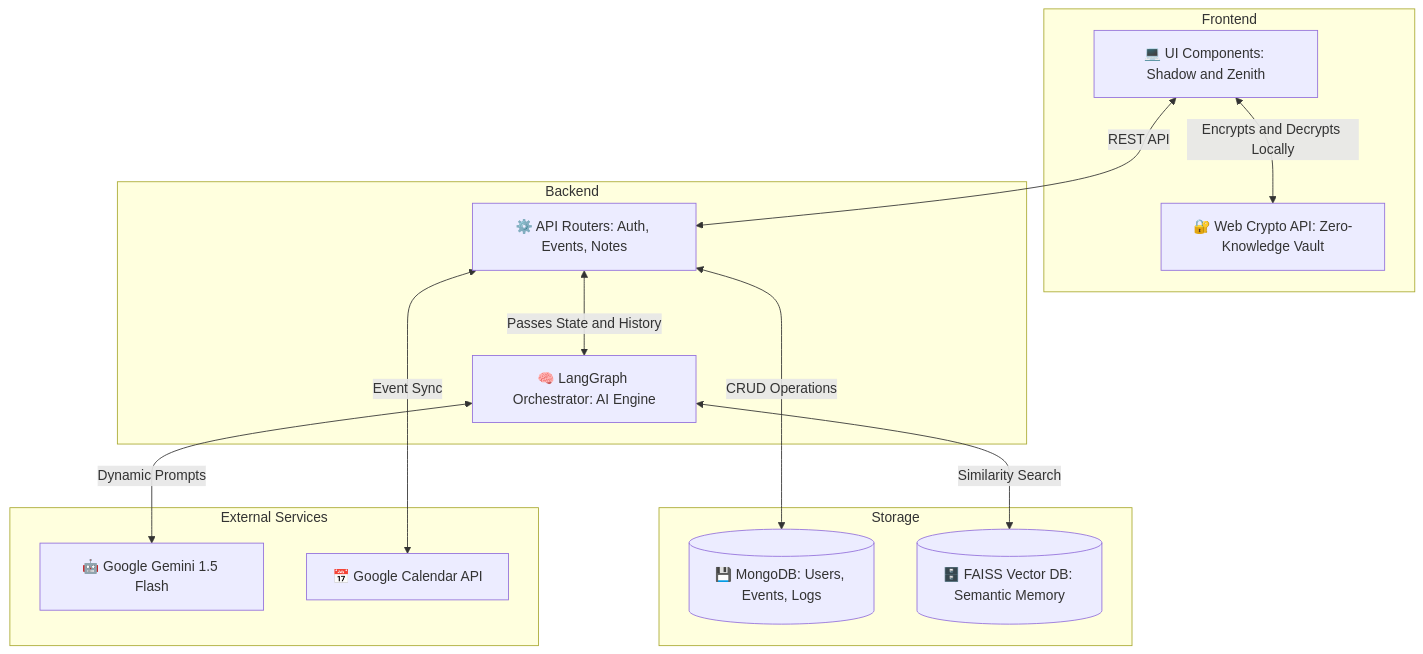
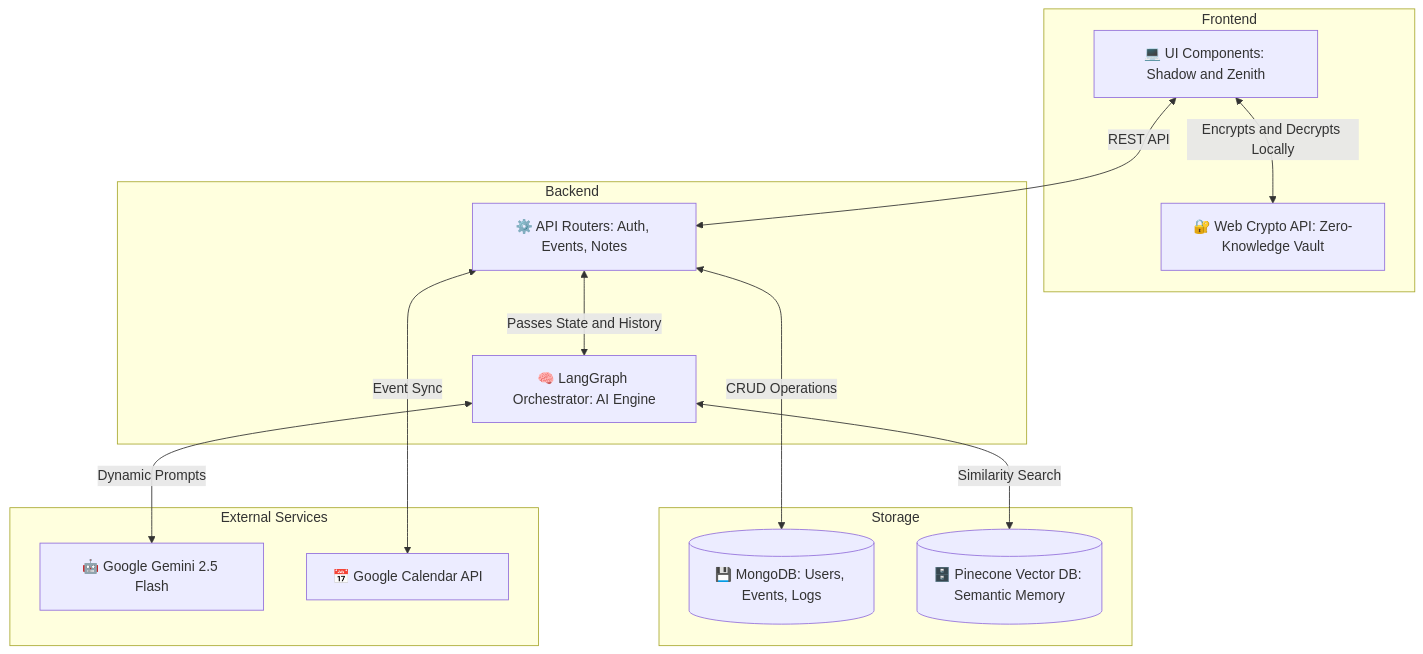
One commit to pgauin01/shadow changed the diagram in README.md. Above: the diagram before and after it, drawn with Mermaid. The commit also changed other lines of this file, not shown here.

````diff
--- a/README.md
+++ b/README.md
@@ -47,30 +47,30 @@
 ```mermaid
 flowchart TD
     subgraph Frontend
         UI[💻 UI Components: Shadow and Zenith]
         Crypto[🔐 Web Crypto API: Zero-Knowledge Vault]
         UI <-->|Encrypts and Decrypts Locally| Crypto
     end
 
     subgraph Backend
         API[⚙️ API Routers: Auth, Events, Notes]
         Graph[🧠 LangGraph Orchestrator: AI Engine]
         API <-->|Passes State and History| Graph
     end
 
     subgraph Storage
         Mongo[(💾 MongoDB: Users, Events, Logs)]
-        FAISS[(🗄️ FAISS Vector DB: Semantic Memory)]
+        Pinecone[(🗄️ Pinecone Vector DB: Semantic Memory)]
     end
 
     subgraph External Services
-        Gemini[🤖 Google Gemini 1.5 Flash]
+        Gemini[🤖 Google Gemini 2.5 Flash]
         GCal[📅 Google Calendar API]
     end
 
     UI <-->|REST API| API
     API <-->|CRUD Operations| Mongo
     API <-->|Event Sync| GCal
     Graph <-->|Dynamic Prompts| Gemini
-    Graph <-->|Similarity Search| FAISS
+    Graph <-->|Similarity Search| Pinecone
 ```
````
